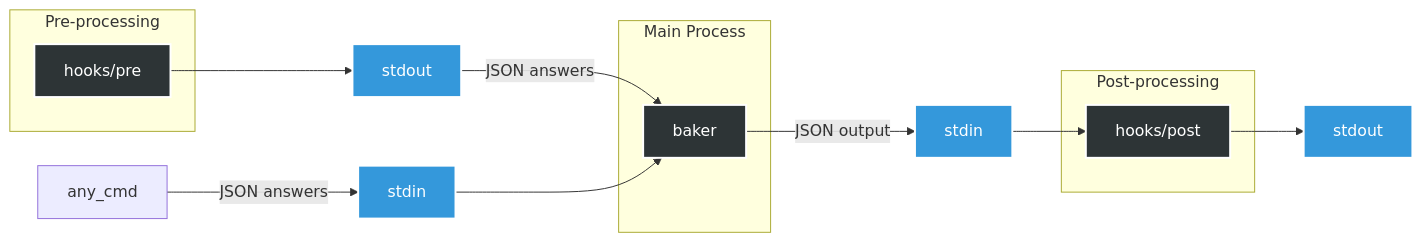
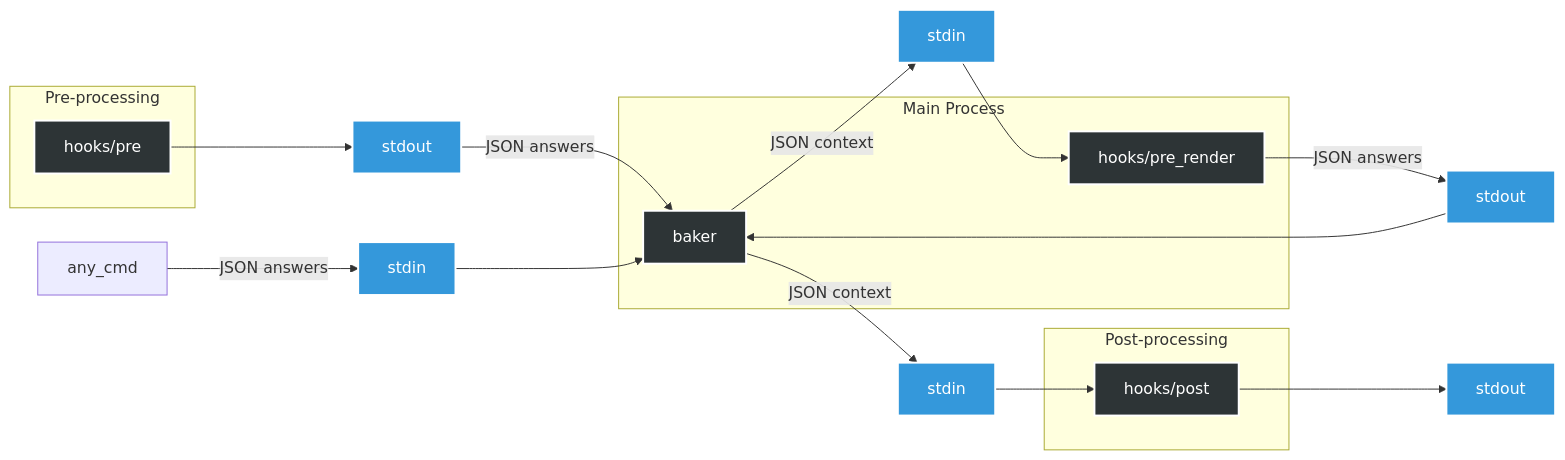
Before and after one commit to dinosath/baker: the diagram in README.md, drawn with Mermaid. The commit also changed other lines of this file and 14 other files, not shown here.

Commit message:
feat: add pre-render hook

````diff
--- a/README.md
+++ b/README.md
@@ -646,30 +693,35 @@
 ```mermaid
 graph LR
     %% Data streams
     Pre[hooks/pre] --> stdout1[stdout]
     stdout1 --> |JSON answers| Baker[baker]
     any_cmd --> |JSON answers| stdin2[stdin] --> Baker
-    Baker --> |JSON output| stdin3[stdin]
+    Baker --> |JSON context| stdinPreRender[stdin]
+    stdinPreRender --> PreRender[hooks/pre_render]
+    PreRender --> |JSON answers| stdoutPreRender[stdout]
+    stdoutPreRender --> Baker
+    Baker --> |JSON context| stdin3[stdin]
     stdin3 --> Post[hooks/post]
     Post --> stdout3[stdout]
 
     %% Add descriptions
     subgraph Pre-processing
         Pre
     end
 
     subgraph Main Process
+        PreRender
         Baker
     end
 
     subgraph Post-processing
         Post
     end
 
     %% Style
     classDef process fill:#2d3436,stroke:#fff,stroke-width:2px,color:#fff
     classDef stream fill:#3498db,stroke:#fff,stroke-width:2px,color:#fff
 
-    class Pre,Post,Baker process
-    class stdin2,stdin3,stdout1,stdout3 stream
+    class Pre,PreRender,Post,Baker process
+    class stdin2,stdinPreRender,stdin3,stdout1,stdoutPreRender,stdout3 stream
 ```
````
